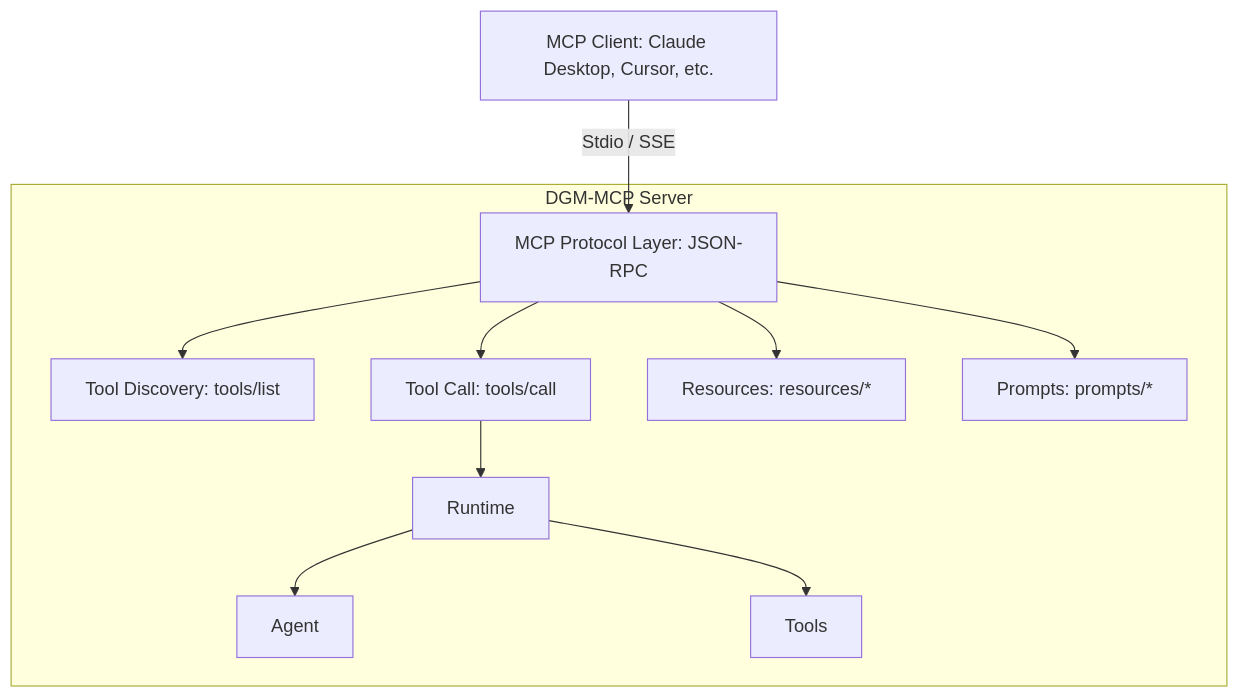
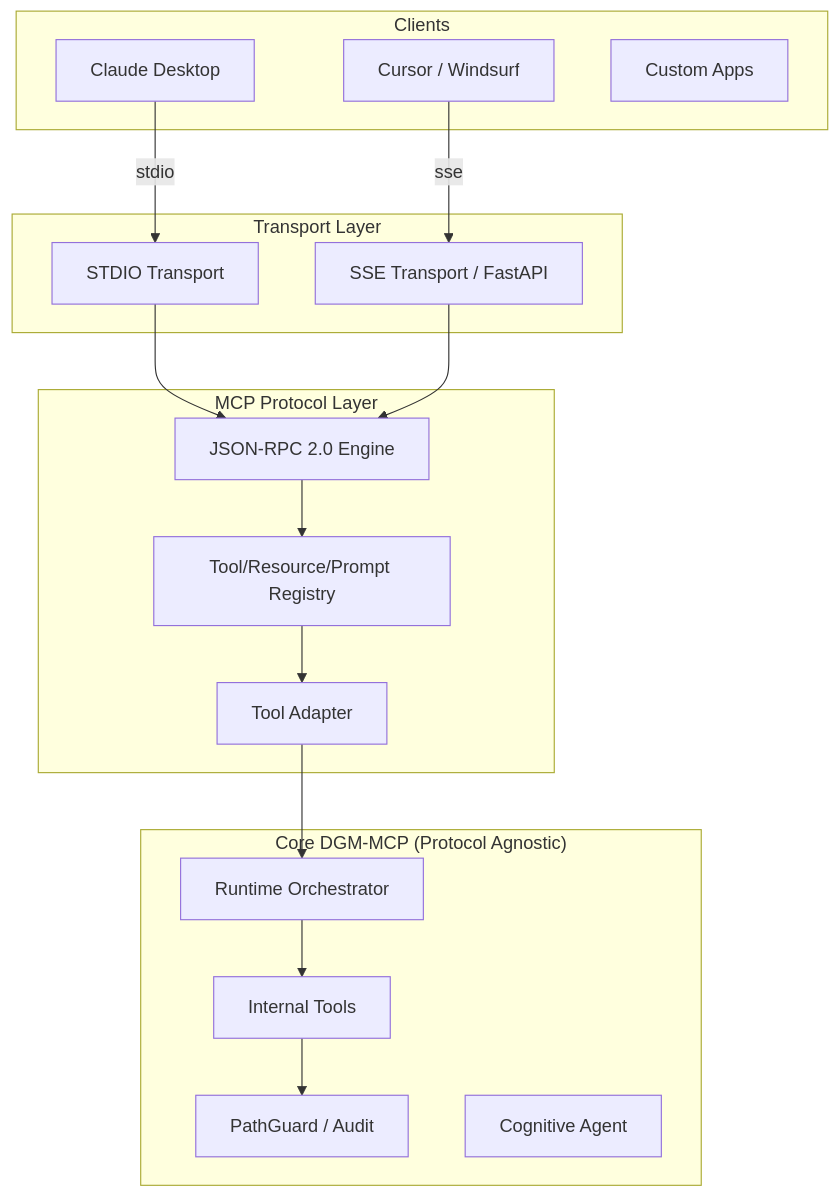
The second of 2 diagrams in ARCHITECTURE_MAP.md (AndreVazao/DGM-MCP), drawn with Mermaid before and after one commit. The commit also changed other lines of this file and 4 other files, not shown here.

Commit message:
docs: define MCP v1.0 protocol architecture and implementation roadmap (#15)

````diff
--- a/ARCHITECTURE_MAP.md
+++ b/ARCHITECTURE_MAP.md
@@ -38,15 +26,36 @@
 ```mermaid
 graph TD
-    Client[MCP Client: Claude Desktop, Cursor, etc.] -- Stdio / SSE --> Protocol[MCP Protocol Layer: JSON-RPC]
+    subgraph "Clients"
+        Claude[Claude Desktop]
+        Cursor[Cursor / Windsurf]
+        Custom[Custom Apps]
+    end
 
-    subgraph "DGM-MCP Server"
-        Protocol --> Discovery[Tool Discovery: tools/list]
-        Protocol --> Execution[Tool Call: tools/call]
-        Protocol --> Resources[Resources: resources/*]
-        Protocol --> Prompts[Prompts: prompts/*]
+    subgraph "Transport Layer"
+        Stdio[STDIO Transport]
+        SSE[SSE Transport / FastAPI]
+    end
 
-        Execution --> Runtime
-        Runtime --> Agent
-        Runtime --> Tools
+    subgraph "MCP Protocol Layer"
+        JSONRPC[JSON-RPC 2.0 Engine]
+        Registry[Tool/Resource/Prompt Registry]
+        Adapter[Tool Adapter]
     end
+
+    subgraph "Core DGM-MCP (Protocol Agnostic)"
+        Runtime[Runtime Orchestrator]
+        Tools[Internal Tools]
+        Security[PathGuard / Audit]
+        Agent[Cognitive Agent]
+    end
+
+    Claude -- stdio --> Stdio
+    Cursor -- sse --> SSE
+    Stdio --> JSONRPC
+    SSE --> JSONRPC
+    JSONRPC --> Registry
+    Registry --> Adapter
+    Adapter --> Runtime
+    Runtime --> Tools
+    Tools --> Security
 ```
````
